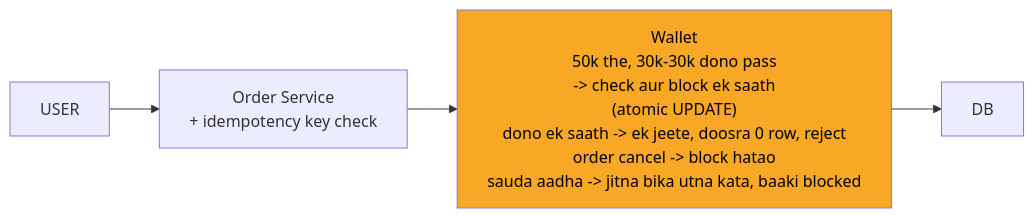
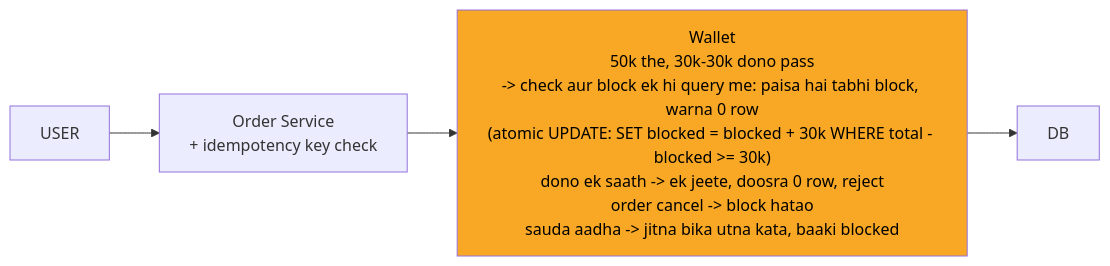
The third of 10 diagrams in 04_HLD/SYSTEM_DESIGNS/05_stock_broker_trading/05_stock_broker_trading.md (ArpanMaheshwari144/Prep), drawn with Mermaid before and after one commit. The commit also changed other lines of this file and 13 other files, not shown here.

````diff
--- a/04_HLD/SYSTEM_DESIGNS/05_stock_broker_trading/05_stock_broker_trading.md
+++ b/04_HLD/SYSTEM_DESIGNS/05_stock_broker_trading/05_stock_broker_trading.md
@@ -132,12 +136,12 @@
 ```mermaid
 %%{init: {"flowchart": {"wrappingWidth": 450}}}%%
 flowchart LR
     n_USER["USER"]
     n_Order_Service["Order Service<br/>+ idempotency key check"]
-    n_Wallet["Wallet<br/>50k the, 30k-30k dono pass<br/>-> check aur block ek saath<br/>(atomic UPDATE)<br/>dono ek saath -> ek jeete, doosra 0 row, reject<br/>order cancel -> block hatao<br/>sauda aadha -> jitna bika utna kata, baaki blocked"]
+    n_Wallet["Wallet<br/>50k the, 30k-30k dono pass<br/>-> check aur block ek hi query me: paisa hai tabhi block, warna 0 row<br/>(atomic UPDATE: SET blocked = blocked + 30k WHERE total - blocked >= 30k)<br/>dono ek saath -> ek jeete, doosra 0 row, reject<br/>order cancel -> block hatao<br/>sauda aadha -> jitna bika utna kata, baaki blocked"]
     n_DB["DB"]
     n_USER --> n_Order_Service
     n_Order_Service --> n_Wallet
     n_Wallet --> n_DB
     style n_Wallet fill:#f9a825,color:#000
 ```
````
